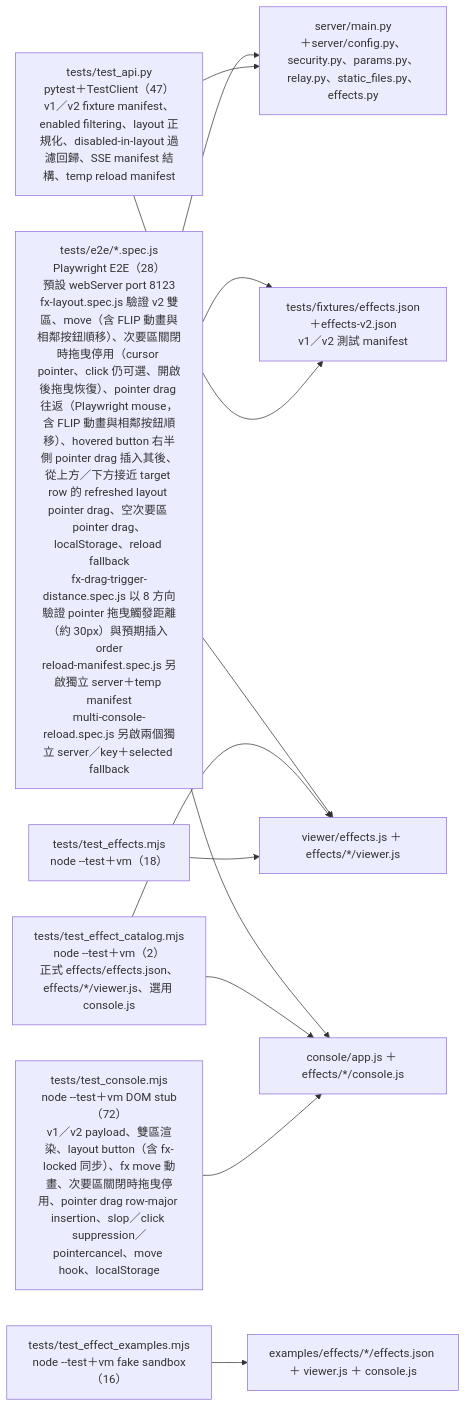
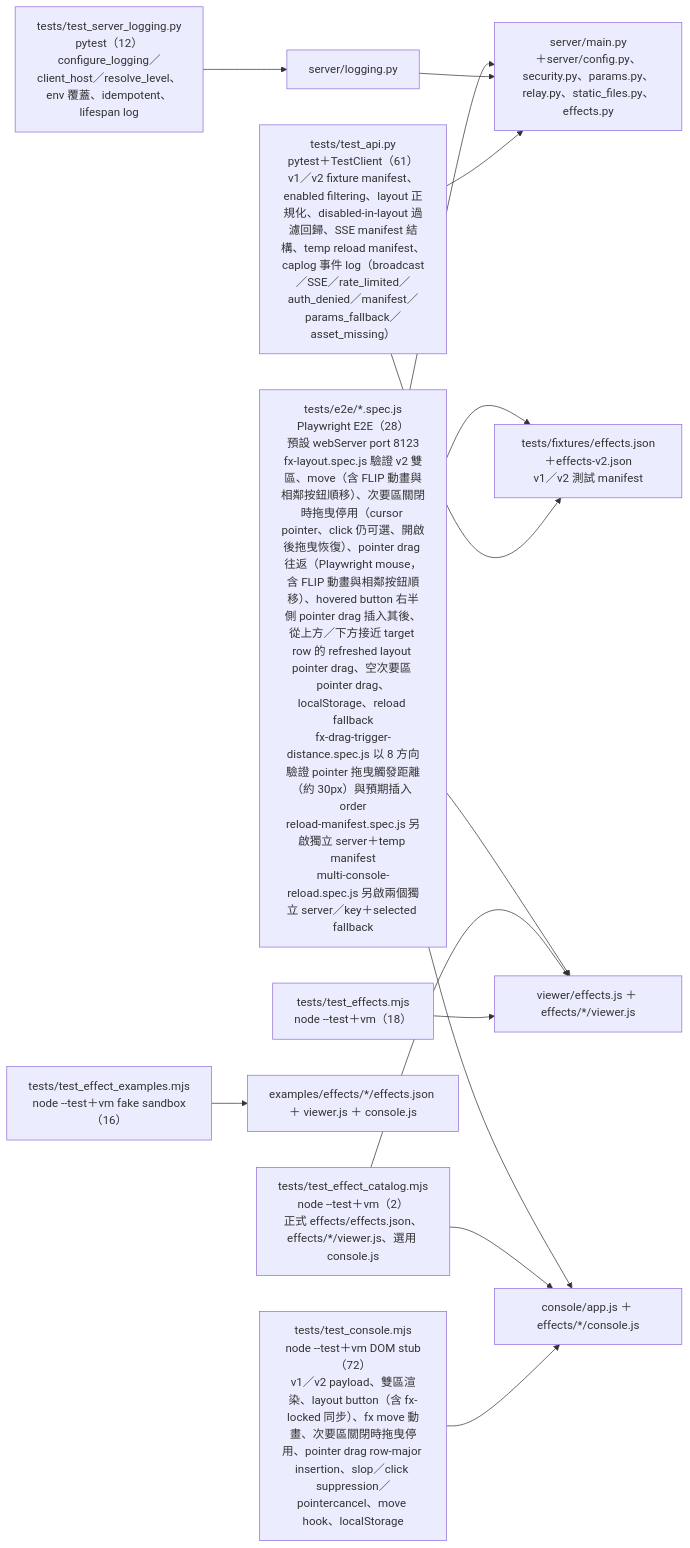
One commit to zivngit/Real-time-Interaction-html changed the sixth of 7 diagrams in docs/agents/CALL_GRAPH.md. Above: the diagram before and after it, drawn with Mermaid. The commit also changed other lines of this file and 13 other files, not shown here.

Commit message:
feat(server): server log 基礎模組、審計與 manifest 事件、預設寫檔與訊息修正（統整 053–064）

````diff
--- a/docs/agents/CALL_GRAPH.md
+++ b/docs/agents/CALL_GRAPH.md
@@ -327,15 +336,17 @@
 ```mermaid
 flowchart LR
     TF["tests/fixtures/effects.json＋effects-v2.json<br/>v1／v2 測試 manifest"]
-    TA["tests/test_api.py<br/>pytest＋TestClient（47）<br/>v1／v2 fixture manifest、enabled filtering、layout 正規化、disabled-in-layout 過濾回歸、SSE manifest 結構、temp reload manifest"] --> M["server/main.py<br/>＋server/config.py、security.py、params.py、relay.py、static_files.py、effects.py"]
+    TA["tests/test_api.py<br/>pytest＋TestClient（61）<br/>v1／v2 fixture manifest、enabled filtering、layout 正規化、disabled-in-layout 過濾回歸、SSE manifest 結構、temp reload manifest、caplog 事件 log（broadcast／SSE／rate_limited／auth_denied／manifest／params_fallback／asset_missing）"] --> M["server/main.py<br/>＋server/config.py、security.py、params.py、relay.py、static_files.py、effects.py"]
     TA --> TF
+    TS["tests/test_server_logging.py<br/>pytest（12）<br/>configure_logging／client_host／resolve_level、env 覆蓋、idempotent、lifespan log"] --> LG["server/logging.py"]
+    LG --> M
     TE["tests/test_effects.mjs<br/>node --test＋vm（18）"] --> S["viewer/effects.js ＋ effects/*/viewer.js"]
     TC["tests/test_console.mjs<br/>node --test＋vm DOM stub（72）<br/>v1／v2 payload、雙區渲染、layout button（含 fx-locked 同步）、fx move 動畫、次要區關閉時拖曳停用、pointer drag row-major insertion、slop／click suppression／pointercancel、move hook、localStorage"] --> K["console/app.js ＋ effects/*/console.js"]
     TX["tests/test_effect_examples.mjs<br/>node --test＋vm fake sandbox（16）"] --> X["examples/effects/*/effects.json ＋ viewer.js ＋ console.js"]
     TG["tests/test_effect_catalog.mjs<br/>node --test＋vm（2）<br/>正式 effects/effects.json、effects/*/viewer.js、選用 console.js"] --> S
     TG --> K
     TP["tests/e2e/*.spec.js<br/>Playwright E2E（28）<br/>預設 webServer port 8123<br/>fx-layout.spec.js 驗證 v2 雙區、move（含 FLIP 動畫與相鄰按鈕順移）、次要區關閉時拖曳停用（cursor pointer、click 仍可選、開啟後拖曳恢復）、pointer drag 往返（Playwright mouse，含 FLIP 動畫與相鄰按鈕順移）、hovered button 右半側 pointer drag 插入其後、從上方／下方接近 target row 的 refreshed layout pointer drag、空次要區 pointer drag、localStorage、reload fallback<br/>fx-drag-trigger-distance.spec.js 以 8 方向驗證 pointer 拖曳觸發距離（約 30px）與預期插入 order<br/>reload-manifest.spec.js 另啟獨立 server＋temp manifest<br/>multi-console-reload.spec.js 另啟兩個獨立 server／key＋selected fallback"] --> M
     TP --> K
     TP --> S
     TP --> TF
 ```
````
